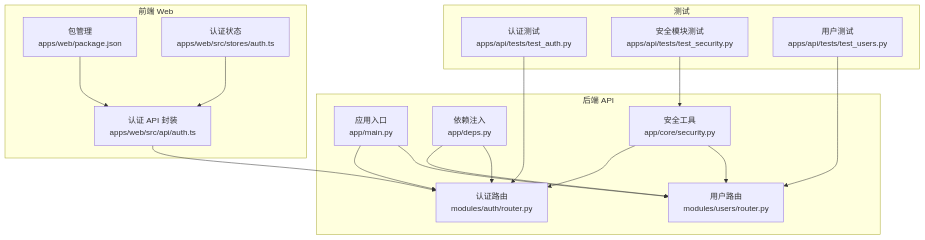
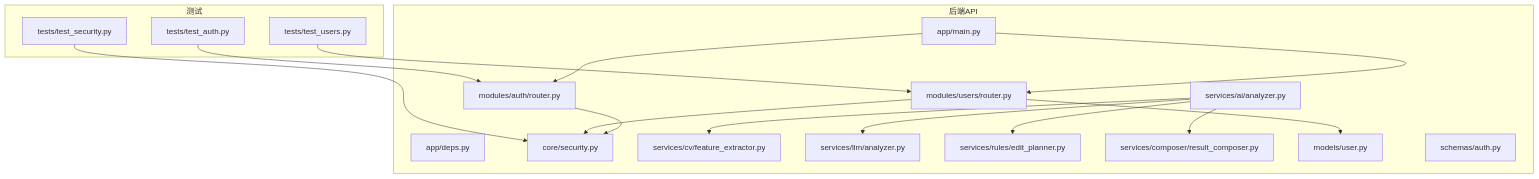
One commit to selectzhangyuan/AI-photo-coach changed the first of 7 diagrams in .qoder/repowiki/zh/content/测试策略.md. Above: the diagram before and after it, drawn with Mermaid. The commit also changed other lines of this file and 128 other files, not shown here.

````diff
--- a/.qoder/repowiki/zh/content/测试策略.md
+++ b/.qoder/repowiki/zh/content/测试策略.md
@@ -36,32 +40,34 @@
 ```mermaid
 graph TB
-subgraph "后端 API"
-M["应用入口<br/>app/main.py"]
-D["依赖注入<br/>app/deps.py"]
-SEC["安全工具<br/>app/core/security.py"]
-AUTH_R["认证路由<br/>modules/auth/router.py"]
-USERS_R["用户路由<br/>modules/users/router.py"]
-end
-subgraph "前端 Web"
-WEB_PKG["包管理<br/>apps/web/package.json"]
-AUTH_API["认证 API 封装<br/>apps/web/src/api/auth.ts"]
-AUTH_STORE["认证状态<br/>apps/web/src/stores/auth.ts"]
+subgraph "后端API"
+A_main["app/main.py"]
+A_deps["app/deps.py"]
+A_mod_auth["modules/auth/router.py"]
+A_mod_users["modules/users/router.py"]
+A_core_sec["core/security.py"]
+A_srv_ai["services/ai/analyzer.py"]
+A_srv_cv["services/cv/feature_extractor.py"]
+A_srv_llm["services/llm/analyzer.py"]
+A_srv_rules["services/rules/edit_planner.py"]
+A_srv_comp["services/composer/result_composer.py"]
+A_models_user["models/user.py"]
+A_schemas_auth["schemas/auth.py"]
 end
 subgraph "测试"
-T_AUTH["认证测试<br/>apps/api/tests/test_auth.py"]
-T_SEC["安全模块测试<br/>apps/api/tests/test_security.py"]
-T_USERS["用户测试<br/>apps/api/tests/test_users.py"]
+T_auth["tests/test_auth.py"]
+T_sec["tests/test_security.py"]
+T_users["tests/test_users.py"]
 end
-M --> AUTH_R
-M --> USERS_R
-D --> USERS_R
-D --> AUTH_R
-SEC --> AUTH_R
-SEC --> USERS_R
-AUTH_API --> AUTH_R
-AUTH_STORE --> AUTH_API
-WEB_PKG --> AUTH_API
-T_AUTH --> AUTH_R
-T_SEC --> SEC
-T_USERS --> USERS_R
+A_main --> A_mod_auth
+A_main --> A_mod_users
+A_mod_auth --> A_core_sec
+A_mod_users --> A_core_sec
+A_mod_users --> A_models_user
+A_srv_ai --> A_srv_cv
+A_srv_ai --> A_srv_llm
+A_srv_ai --> A_srv_rules
+A_srv_ai --> A_srv_comp
+T_auth --> A_mod_auth
+T_users --> A_mod_users
+T_sec --> A_core_sec
 ```
````
